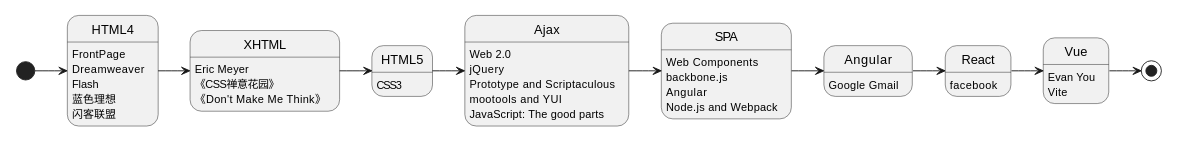
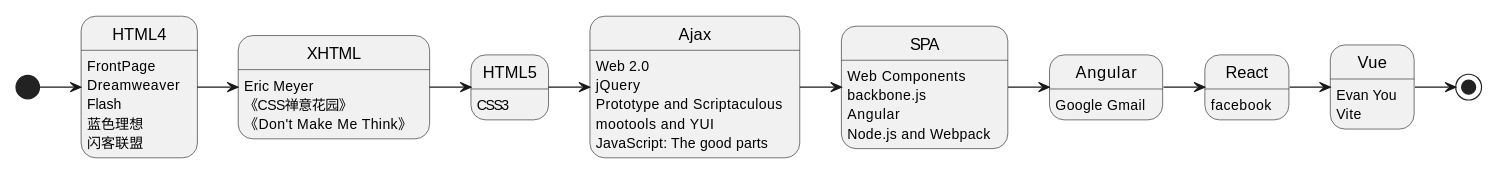
The diagram in content/1.专栏/3.编程/20240320-HTML回忆录.rst (kaffa/kaffa), drawn with PlantUML before and after one commit. The commit also changed 502 other files, not shown here.

```diff
--- a/content/1.专栏/3.编程/20240320-HTML回忆录.rst
+++ b/content/1.专栏/3.编程/20240320-HTML回忆录.rst
@@ -18,38 +18,38 @@
 .. uml::
     :alt: 有关HTML的记忆
     :format: svg
     :filename: html-memoir
 
-    scale 750 width
+    scale 960 width
     [*] -> HTML4
     HTML4 -> XHTML
     XHTML -> HTML5
     HTML5 -> Ajax
     Ajax -> SPA
     SPA -> Angular
     Angular -> React
     React -> Vue
     Vue -> [*]
 
     HTML4: FrontPage
     HTML4: Dreamweaver
     HTML4: Flash
     HTML4: 蓝色理想
     HTML4: 闪客联盟
     XHTML: Eric Meyer
     XHTML: 《CSS禅意花园》
     XHTML: 《Don't Make Me Think》
     HTML5: CSS3
     Ajax: Web 2.0
     Ajax: jQuery
     Ajax: Prototype and Scriptaculous
     Ajax: mootools and YUI
     Ajax: JavaScript: The good parts
     SPA: Web Components
     SPA: backbone.js
     SPA: Angular
     SPA: Node.js and Webpack
     Angular: Google Gmail
     React: facebook
     Vue: Evan You
     Vue: Vite
```
